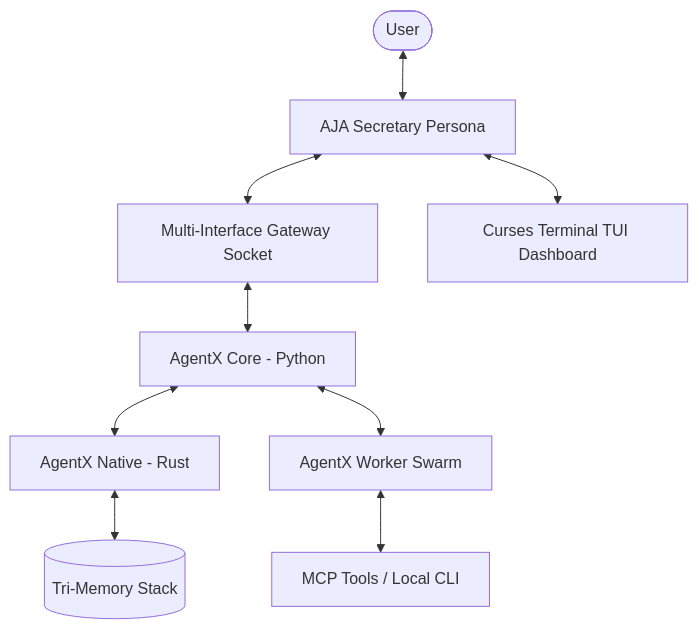
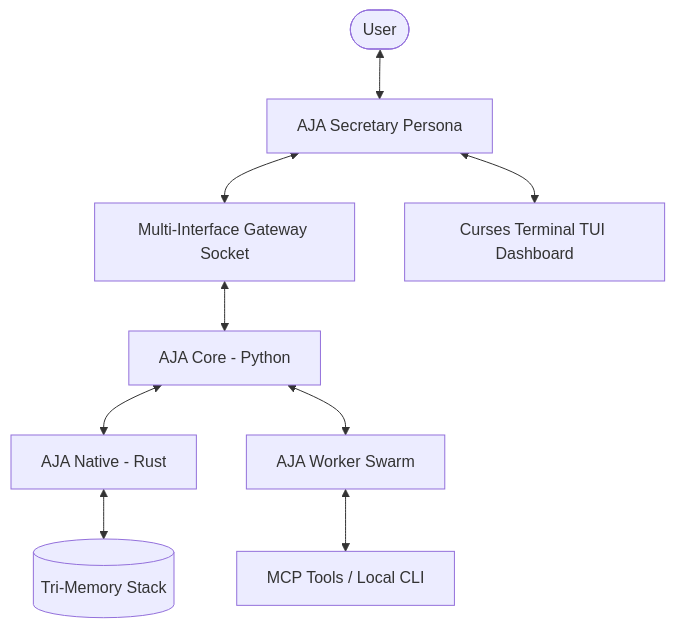
One commit to anixes/AJA changed the diagram in docs/ARCHITECTURE.md. Above: the diagram before and after it, drawn with Mermaid. The commit also changed other lines of this file and 704 other files, not shown here.

Commit message:
rebrand: complete transition from AgentX to AJA project-wide

````diff
--- a/docs/ARCHITECTURE.md
+++ b/docs/ARCHITECTURE.md
@@ -14,11 +14,11 @@
 ```mermaid
 graph TD
     User([User]) <--> AJA[AJA Secretary Persona]
     AJA <--> Gateway[Multi-Interface Gateway Socket]
-    Gateway <--> Core[AgentX Core - Python]
-    Core <--> Native[AgentX Native - Rust]
+    Gateway <--> Core[AJA Core - Python]
+    Core <--> Native[AJA Native - Rust]
     Native <--> Memory[(Tri-Memory Stack)]
-    Core <--> Swarm[AgentX Worker Swarm]
+    Core <--> Swarm[AJA Worker Swarm]
     Swarm <--> Tools[MCP Tools / Local CLI]
     AJA <--> TUI[Curses Terminal TUI Dashboard]
 ```
````
